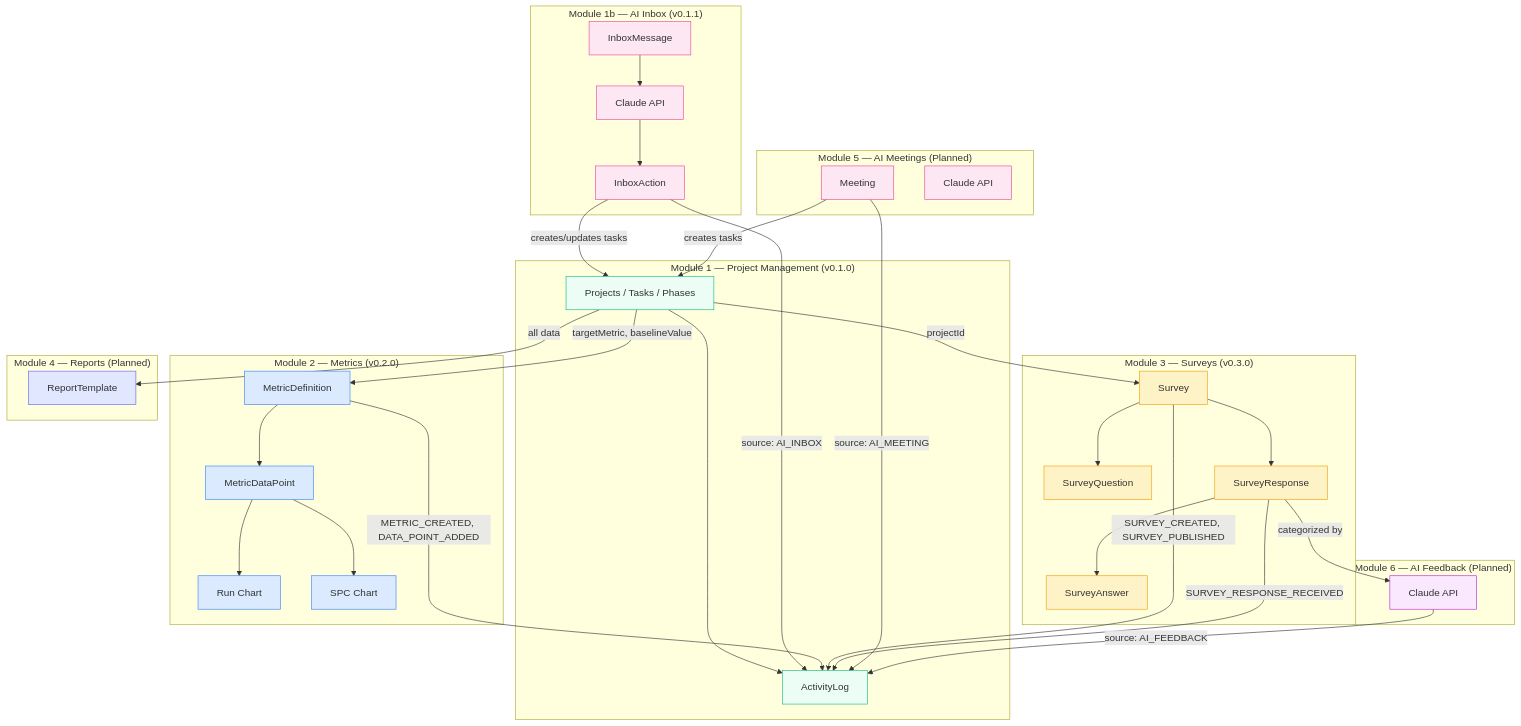
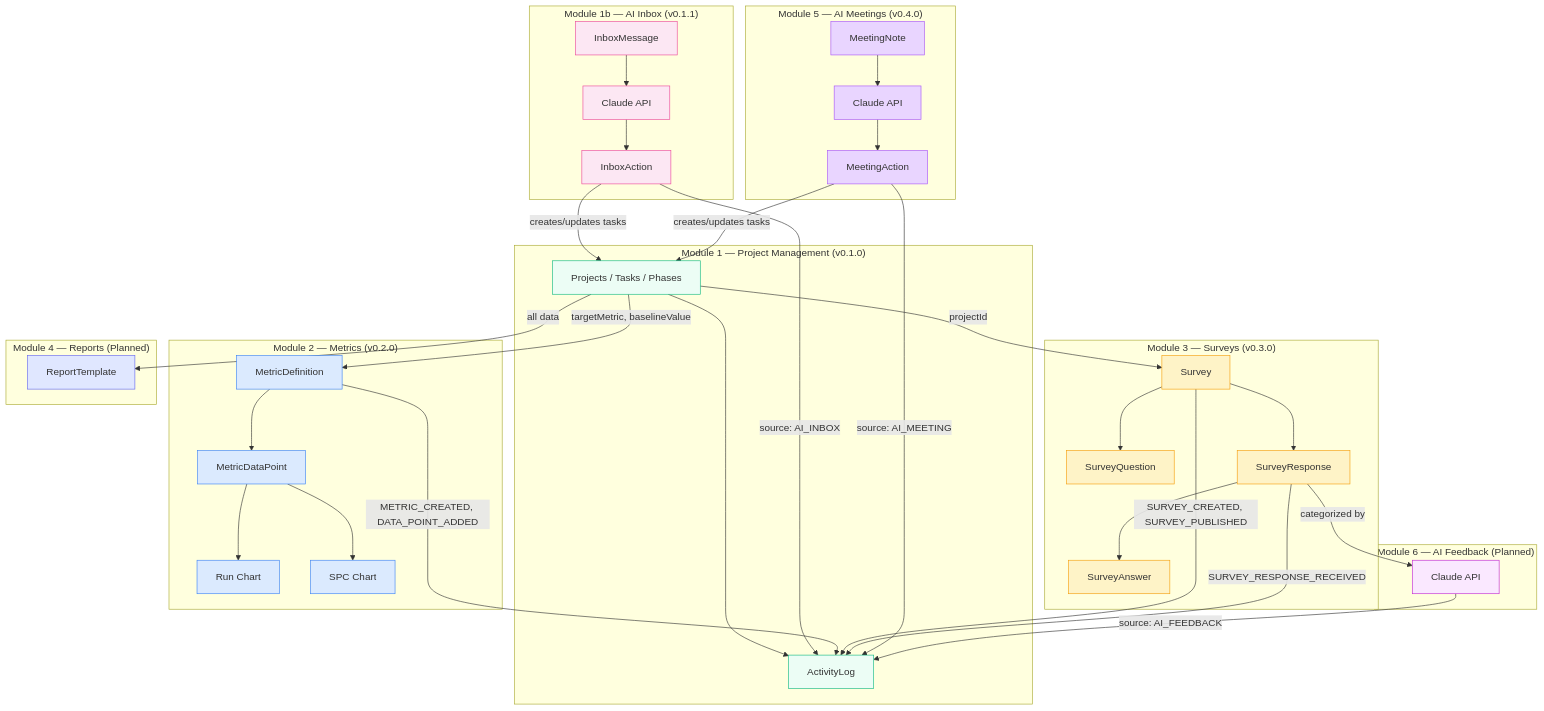
Before and after one commit to akbarherekar/QIapp: the tenth of 16 diagrams in docs/diagrams.md, drawn with Mermaid. The commit also changed other lines of this file and 23 other files, not shown here.

First line of the commit message:
Add Module 5: AI Meeting Notes → Actions with documentation (v0.4.0)

````diff
--- a/docs/diagrams.md
+++ b/docs/diagrams.md
@@ -593,9 +654,12 @@
         RP[ReportTemplate]
     end
 
-    subgraph "Module 5 — AI Meetings (Planned)"
-        MT[Meeting]
+    subgraph "Module 5 — AI Meetings (v0.4.0)"
+        MT[MeetingNote]
+        MA[MeetingAction]
         AI1["Claude API"]
+        MT --> AI1
+        AI1 --> MA
     end
 
     subgraph "Module 6 — AI Feedback (Planned)"
@@ -610,8 +674,8 @@
     MD -->|METRIC_CREATED, DATA_POINT_ADDED| AL
     SV -->|SURVEY_CREATED, SURVEY_PUBLISHED| AL
     SR -->|SURVEY_RESPONSE_RECEIVED| AL
-    MT -->|creates tasks| PM
-    MT -->|source: AI_MEETING| AL
+    MA -->|creates/updates tasks| PM
+    MA -->|source: AI_MEETING| AL
     SR -->|categorized by| AI2
     AI2 -->|source: AI_FEEDBACK| AL
 
@@ -629,7 +693,8 @@
     style SR fill:#fef3c7,stroke:#f59e0b
     style SA fill:#fef3c7,stroke:#f59e0b
     style RP fill:#e0e7ff,stroke:#6366f1
-    style MT fill:#fce7f3,stroke:#ec4899
-    style AI1 fill:#fce7f3,stroke:#ec4899
+    style MT fill:#e9d5ff,stroke:#a855f7
+    style MA fill:#e9d5ff,stroke:#a855f7
+    style AI1 fill:#e9d5ff,stroke:#a855f7
     style AI2 fill:#fae8ff,stroke:#c026d3
 ```
````
